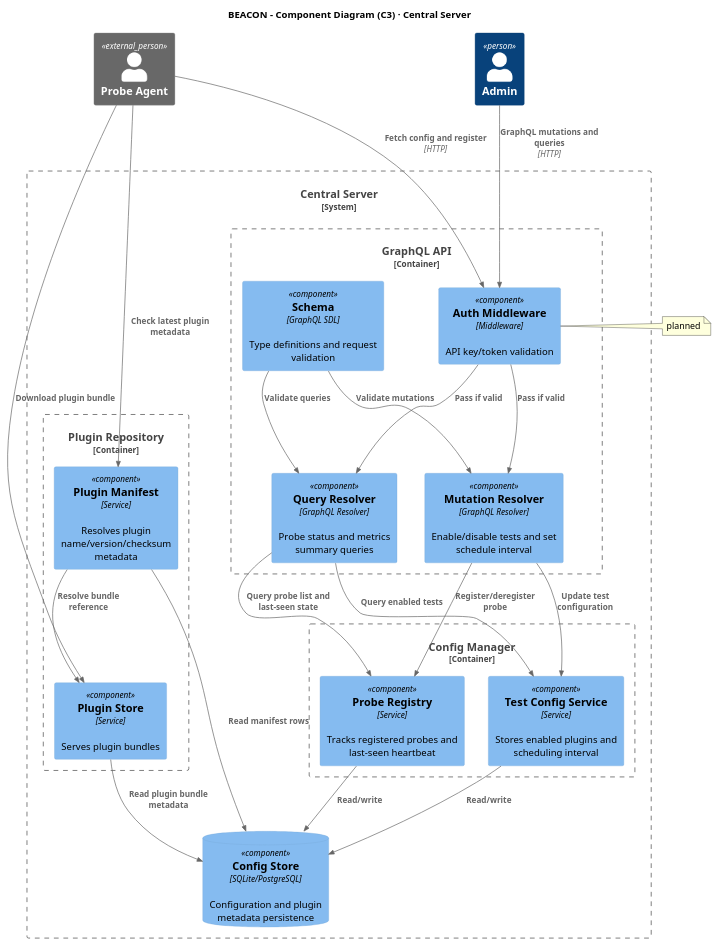
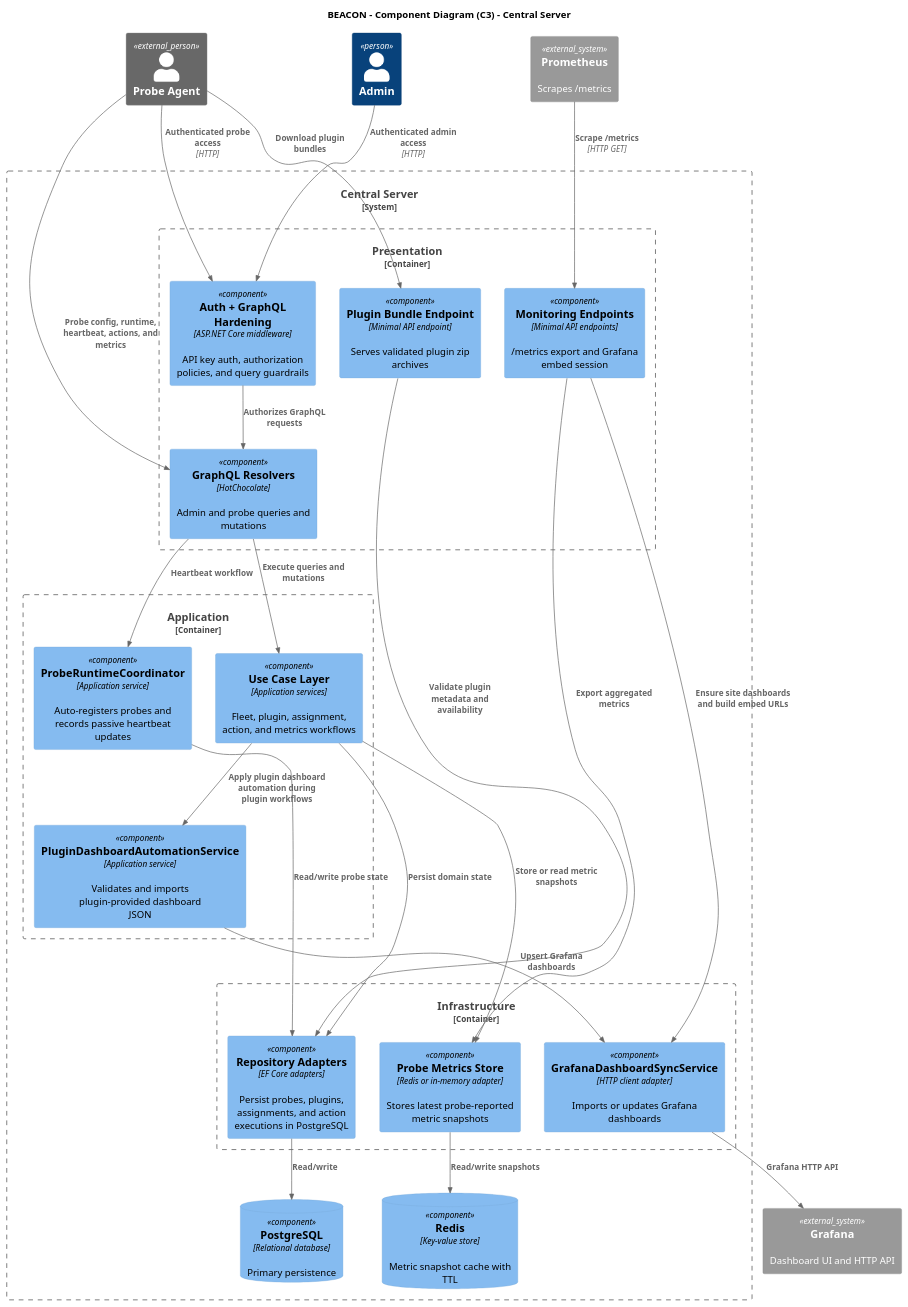
Before and after one commit to vhfba/beacon: the diagram in docs/c4-model/level-3-central-server-components.puml, drawn with PlantUML. The commit also changed 202 other files, not shown here.

Commit message:
Update refractoring central server

```diff
--- a/docs/c4-model/level-3-central-server-components.puml
+++ b/docs/c4-model/level-3-central-server-components.puml
@@ -1,55 +1,59 @@
 @startuml
-title BEACON - Component Diagram (C3) · Central Server
+title BEACON - Component Diagram (C3) - Central Server
 
 !includeurl https://raw.githubusercontent.com/plantuml-stdlib/C4-PlantUML/master/C4_Component.puml
 
 Person(admin, "Admin")
 Person_Ext(probe, "Probe Agent")
+System_Ext(prom, "Prometheus", "Scrapes /metrics")
+System_Ext(grafana, "Grafana", "Dashboard UI and HTTP API")
 
 System_Boundary(central, "Central Server") {
 
-  Container_Boundary(gqlapi, "GraphQL API") {
-    Component(qresolver, "Query Resolver", "GraphQL Resolver", "Probe status and metrics summary queries")
-    Component(mresolver, "Mutation Resolver", "GraphQL Resolver", "Enable/disable tests and set schedule interval")
-    Component(auth, "Auth Middleware", "Middleware", "API key/token validation")
-    Component(schema, "Schema", "GraphQL SDL", "Type definitions and request validation")
+  Container_Boundary(presentation, "Presentation") {
+    Component(graphql, "GraphQL Resolvers", "HotChocolate", "Admin and probe queries and mutations")
+    Component(security, "Auth + GraphQL Hardening", "ASP.NET Core middleware", "API key auth, authorization policies, and query guardrails")
+    Component(bundleEndpoint, "Plugin Bundle Endpoint", "Minimal API endpoint", "Serves validated plugin zip archives")
+    Component(monitoringEndpoints, "Monitoring Endpoints", "Minimal API endpoints", "/metrics export and Grafana embed session")
   }
 
-  Container_Boundary(cfgmgr, "Config Manager") {
-    Component(registry, "Probe Registry", "Service", "Tracks registered probes and last-seen heartbeat")
-    Component(testcfg, "Test Config Service", "Service", "Stores enabled plugins and scheduling interval")
+  Container_Boundary(application, "Application") {
+    Component(useCases, "Use Case Layer", "Application services", "Fleet, plugin, assignment, action, and metrics workflows")
+    Component(runtimeCoordinator, "ProbeRuntimeCoordinator", "Application service", "Auto-registers probes and records passive heartbeat updates")
+    Component(dashboardAutomation, "PluginDashboardAutomationService", "Application service", "Validates and imports plugin-provided dashboard JSON")
   }
 
-  Container_Boundary(pluginrepo, "Plugin Repository") {
-    Component(pluginstore, "Plugin Store", "Service", "Serves plugin bundles")
-    Component(manifest, "Plugin Manifest", "Service", "Resolves plugin name/version/checksum metadata")
+  Container_Boundary(infrastructure, "Infrastructure") {
+    Component(repositories, "Repository Adapters", "EF Core adapters", "Persist probes, plugins, assignments, and action executions in PostgreSQL")
+    Component(metricsStore, "Probe Metrics Store", "Redis or in-memory adapter", "Stores latest probe-reported metric snapshots")
+    Component(grafanaSync, "GrafanaDashboardSyncService", "HTTP client adapter", "Imports or updates Grafana dashboards")
   }
 
-  ComponentDb(db, "Config Store", "SQLite/PostgreSQL", "Configuration and plugin metadata persistence")
+  ComponentDb(db, "PostgreSQL", "Relational database", "Primary persistence")
+  ComponentDb(redis, "Redis", "Key-value store", "Metric snapshot cache with TTL")
 }
 
-Rel(auth, qresolver, "Pass if valid")
-Rel(auth, mresolver, "Pass if valid")
-Rel(schema, qresolver, "Validate queries")
-Rel(schema, mresolver, "Validate mutations")
+Rel(admin, security, "Authenticated admin access", "HTTP")
+Rel(probe, security, "Authenticated probe access", "HTTP")
+Rel(security, graphql, "Authorizes GraphQL requests")
+Rel(graphql, useCases, "Execute queries and mutations")
+Rel(graphql, runtimeCoordinator, "Heartbeat workflow")
+Rel(bundleEndpoint, repositories, "Validate plugin metadata and availability")
+Rel(monitoringEndpoints, metricsStore, "Export aggregated metrics")
+Rel(monitoringEndpoints, grafanaSync, "Ensure site dashboards and build embed URLs")
 
-Rel(qresolver, registry, "Query probe list and last-seen state")
-Rel(qresolver, testcfg, "Query enabled tests")
-Rel(mresolver, testcfg, "Update test configuration")
-Rel(mresolver, registry, "Register/deregister probe")
-Rel(testcfg, db, "Read/write")
-Rel(registry, db, "Read/write")
-Rel(pluginstore, db, "Read plugin bundle metadata")
-Rel(manifest, db, "Read manifest rows")
-Rel(manifest, pluginstore, "Resolve bundle reference")
+Rel(runtimeCoordinator, repositories, "Read/write probe state")
+Rel(useCases, repositories, "Persist domain state")
+Rel(useCases, metricsStore, "Store or read metric snapshots")
+Rel(useCases, dashboardAutomation, "Apply plugin dashboard automation during plugin workflows")
+Rel(dashboardAutomation, grafanaSync, "Upsert Grafana dashboards")
 
-Rel(admin, auth, "GraphQL mutations and queries", "HTTP")
-Rel(probe, auth, "Fetch config and register", "HTTP")
-Rel(probe, manifest, "Check latest plugin metadata")
-Rel(probe, pluginstore, "Download plugin bundle")
+Rel(repositories, db, "Read/write")
+Rel(metricsStore, redis, "Read/write snapshots")
+Rel(grafanaSync, grafana, "Grafana HTTP API")
 
-note right of auth
-  planned
-end note
+Rel(prom, monitoringEndpoints, "Scrape /metrics", "HTTP GET")
+Rel(probe, bundleEndpoint, "Download plugin bundles")
+Rel(probe, graphql, "Probe config, runtime, heartbeat, actions, and metrics")
 
 @enduml
```
